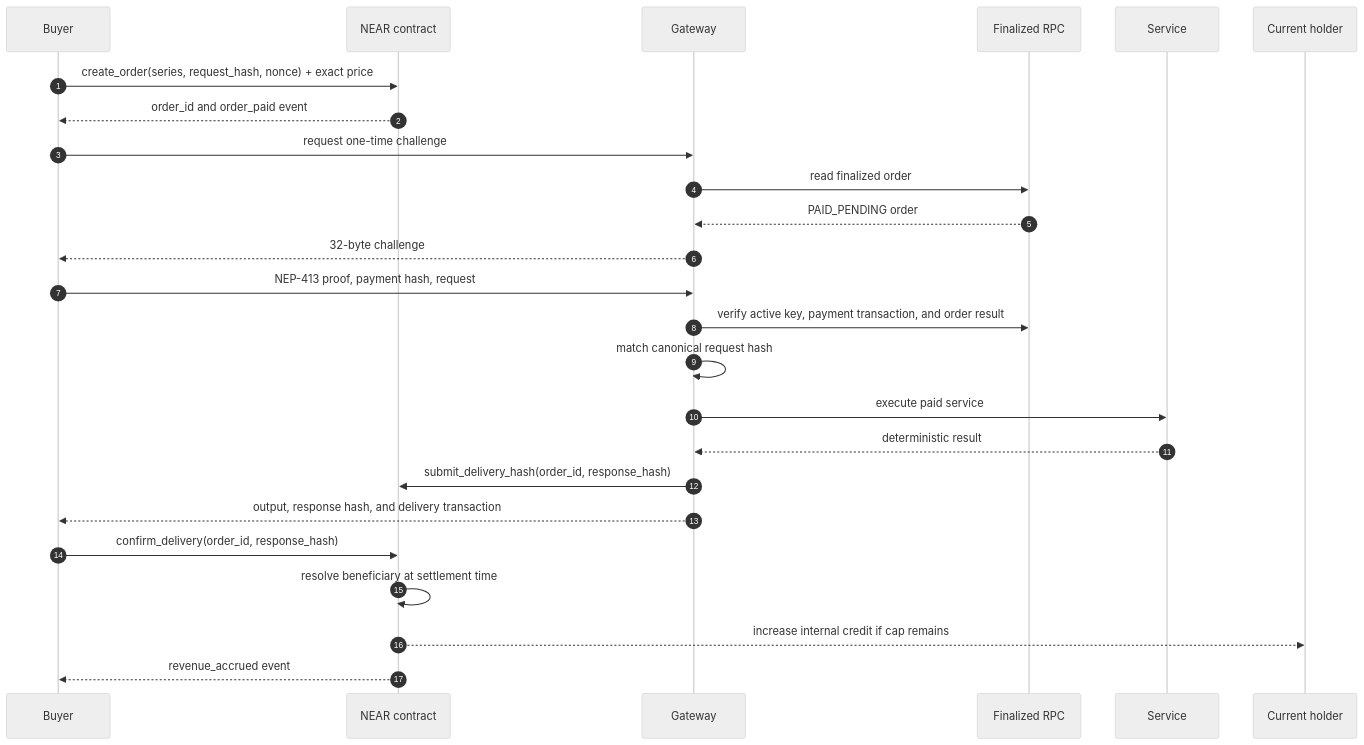
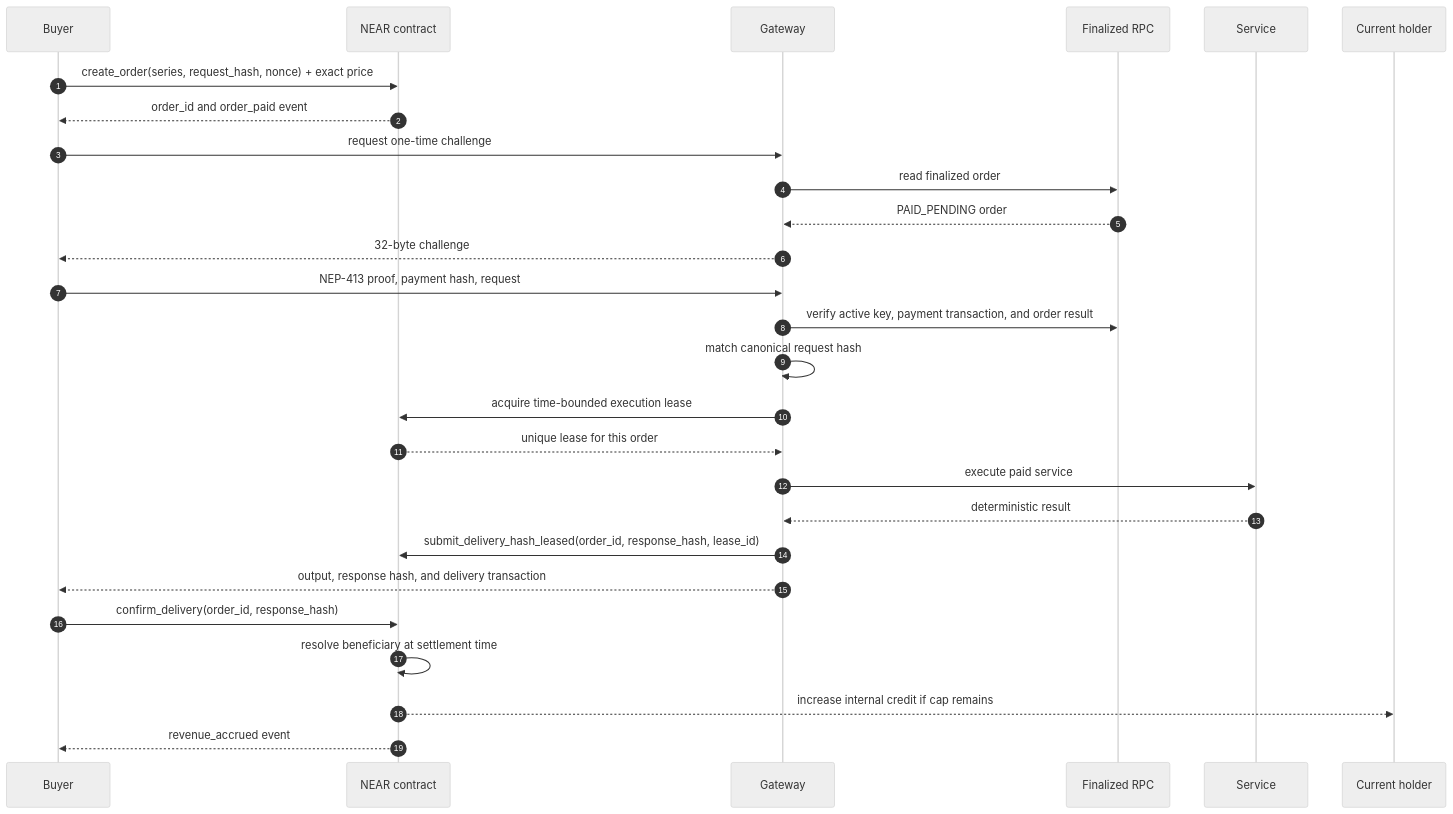
The third of 5 diagrams in docs/ARCHITECTURE.md (karagozemin/FIRST100), drawn with Mermaid (neutral theme) before and after one commit. The commit also changed other lines of this file and 15 other files, not shown here.

````diff
--- a/docs/ARCHITECTURE.md
+++ b/docs/ARCHITECTURE.md
@@ -120,28 +120,30 @@
 ```mermaid
 sequenceDiagram
     autonumber
     participant B as Buyer
     participant C as NEAR contract
     participant G as Gateway
     participant R as Finalized RPC
     participant S as Service
     participant H as Current holder
 
     B->>C: create_order(series, request_hash, nonce) + exact price
     C-->>B: order_id and order_paid event
     B->>G: request one-time challenge
     G->>R: read finalized order
     R-->>G: PAID_PENDING order
     G-->>B: 32-byte challenge
     B->>G: NEP-413 proof, payment hash, request
     G->>R: verify active key, payment transaction, and order result
     G->>G: match canonical request hash
+    G->>C: acquire time-bounded execution lease
+    C-->>G: unique lease for this order
     G->>S: execute paid service
     S-->>G: deterministic result
-    G->>C: submit_delivery_hash(order_id, response_hash)
+    G->>C: submit_delivery_hash_leased(order_id, response_hash, lease_id)
     G-->>B: output, response hash, and delivery transaction
     B->>C: confirm_delivery(order_id, response_hash)
     C->>C: resolve beneficiary at settlement time
     C-->>H: increase internal credit if cap remains
     C-->>B: revenue_accrued event
 ```
````
